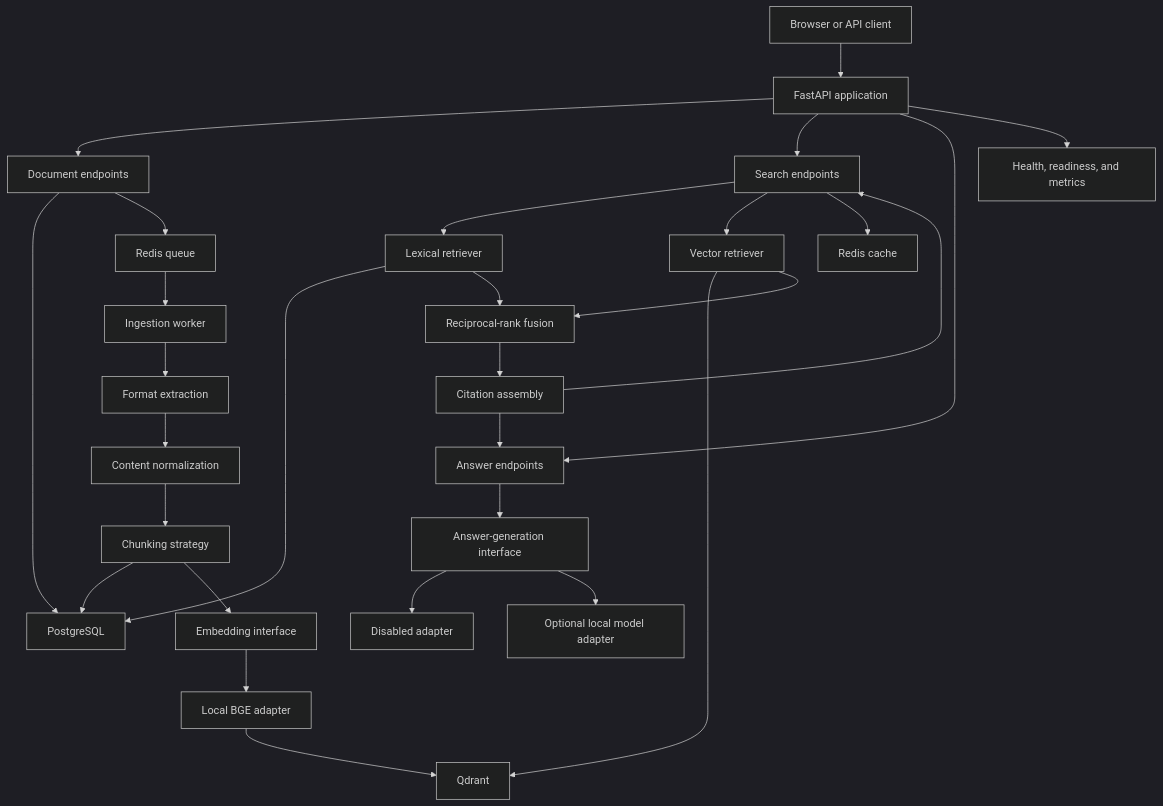
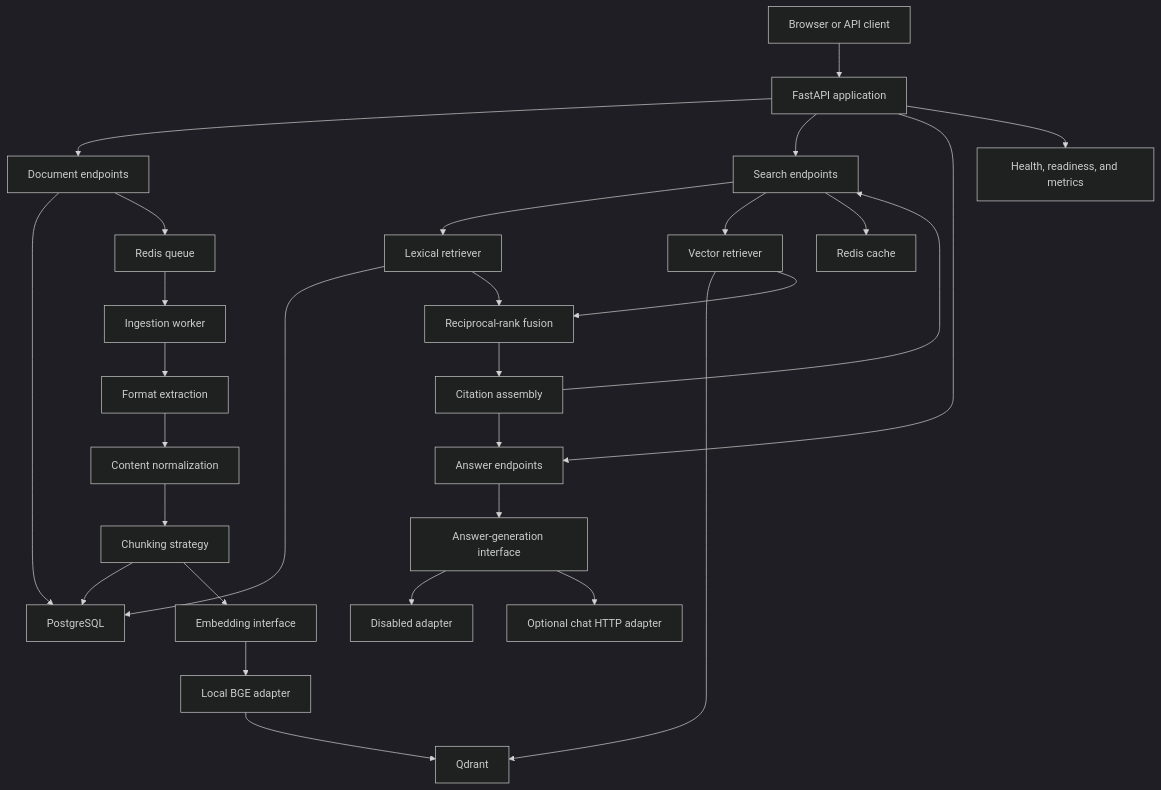
One commit to MelvinAbes/enterprise-knowledge-search changed the first of 2 diagrams in docs/architecture.md. Above: the diagram before and after it, drawn with Mermaid (dark theme). The commit also changed other lines of this file and 11 other files, not shown here.

````diff
--- a/docs/architecture.md
+++ b/docs/architecture.md
@@ -12,37 +12,37 @@
 ```mermaid
 flowchart TB
     Client["Browser or API client"] --> API["FastAPI application"]
 
     API --> DocumentAPI["Document endpoints"]
     API --> SearchAPI["Search endpoints"]
     API --> AnswerAPI["Answer endpoints"]
     API --> Operations["Health, readiness, and metrics"]
 
     DocumentAPI --> Metadata["PostgreSQL"]
     DocumentAPI --> Queue["Redis queue"]
     Queue --> Worker["Ingestion worker"]
 
     Worker --> Extract["Format extraction"]
     Extract --> Normalize["Content normalization"]
     Normalize --> Chunk["Chunking strategy"]
     Chunk --> Metadata
     Chunk --> EmbeddingPort["Embedding interface"]
     EmbeddingPort --> LocalEmbedding["Local BGE adapter"]
     LocalEmbedding --> VectorIndex["Qdrant"]
 
     SearchAPI --> Lexical["Lexical retriever"]
     SearchAPI --> Vector["Vector retriever"]
     Lexical --> Metadata
     Vector --> VectorIndex
     Lexical --> Fusion["Reciprocal-rank fusion"]
     Vector --> Fusion
     Fusion --> Citation["Citation assembly"]
     Citation --> SearchAPI
 
     Citation --> AnswerAPI
     AnswerAPI --> GenerationPort["Answer-generation interface"]
     GenerationPort --> Disabled["Disabled adapter"]
-    GenerationPort --> LocalModel["Optional local model adapter"]
+    GenerationPort --> ChatHTTP["Optional chat HTTP adapter"]
 
     SearchAPI --> Cache["Redis cache"]
 ```
````
